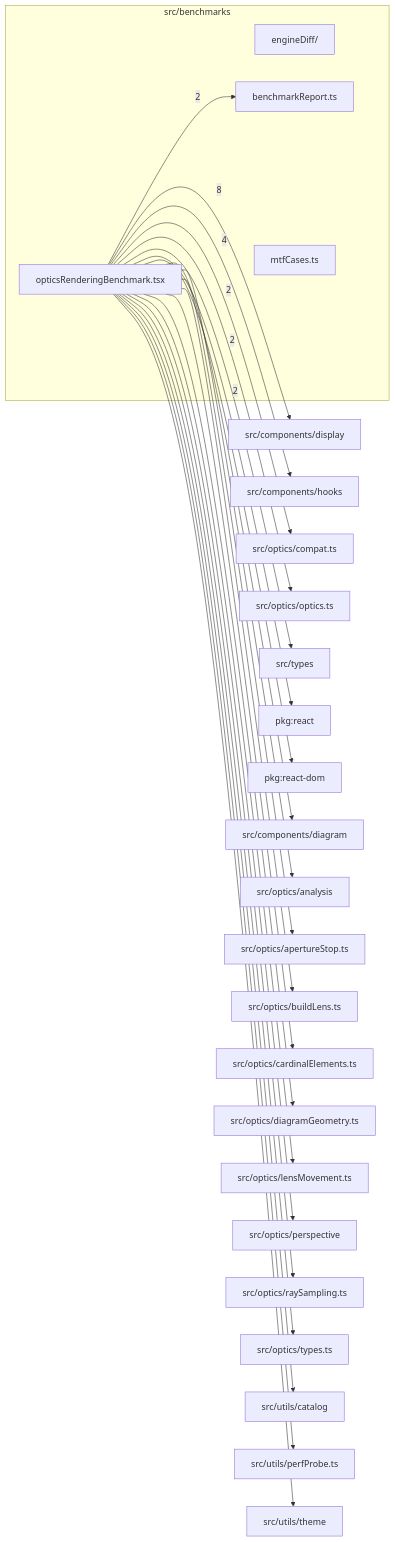
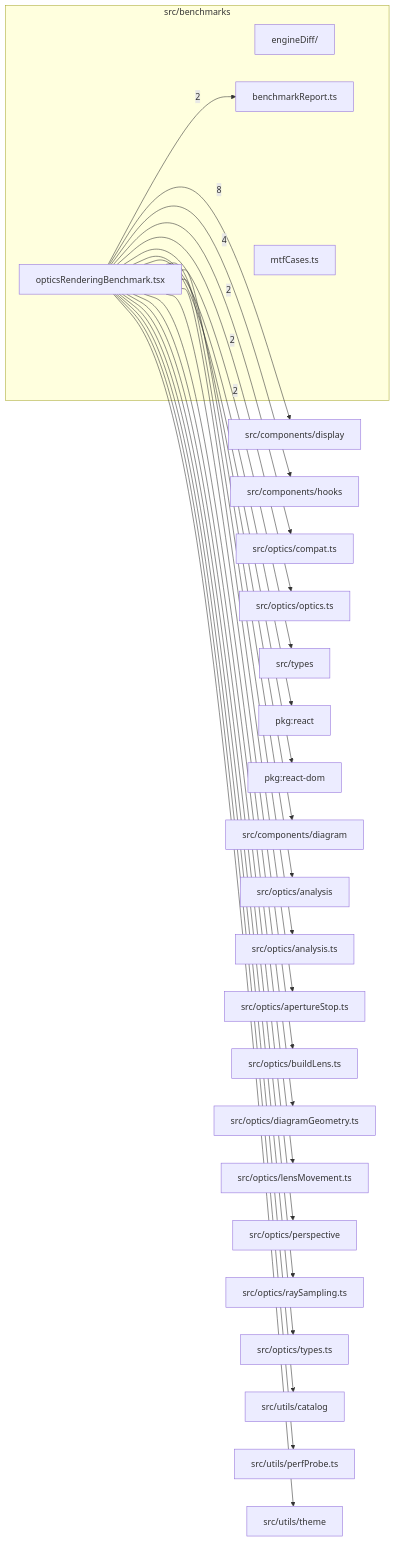
Before and after one commit to ronbuening/LensVisualizer: the diagram in src/benchmarks/readme.md, drawn with Mermaid. The commit also changed 51 other files, not shown here.

````diff
--- a/src/benchmarks/readme.md
+++ b/src/benchmarks/readme.md
@@ -9,50 +9,50 @@
 ```mermaid
 flowchart LR
   subgraph n_src_benchmarks["src/benchmarks"]
     n_src_benchmarks_src_benchmarks_engineDiff["engineDiff/"]
     n_src_benchmarks_src_benchmarks_benchmarkReport_ts["benchmarkReport.ts"]
     n_src_benchmarks_src_benchmarks_mtfCases_ts["mtfCases.ts"]
     n_src_benchmarks_src_benchmarks_opticsRenderingBenchmark_tsx["opticsRenderingBenchmark.tsx"]
   end
   n_external_src_components_display["src/components/display"]
   n_external_src_components_hooks["src/components/hooks"]
   n_external_src_optics_compat_ts["src/optics/compat.ts"]
   n_external_src_optics_optics_ts["src/optics/optics.ts"]
   n_external_src_types["src/types"]
   n_external_pkg_react["pkg:react"]
   n_external_pkg_react_dom["pkg:react-dom"]
   n_external_src_components_diagram["src/components/diagram"]
   n_external_src_optics_analysis["src/optics/analysis"]
+  n_external_src_optics_analysis_ts["src/optics/analysis.ts"]
   n_external_src_optics_apertureStop_ts["src/optics/apertureStop.ts"]
   n_external_src_optics_buildLens_ts["src/optics/buildLens.ts"]
-  n_external_src_optics_cardinalElements_ts["src/optics/cardinalElements.ts"]
   n_external_src_optics_diagramGeometry_ts["src/optics/diagramGeometry.ts"]
   n_external_src_optics_lensMovement_ts["src/optics/lensMovement.ts"]
   n_external_src_optics_perspective["src/optics/perspective"]
   n_external_src_optics_raySampling_ts["src/optics/raySampling.ts"]
   n_external_src_optics_types_ts["src/optics/types.ts"]
   n_external_src_utils_catalog["src/utils/catalog"]
   n_external_src_utils_perfProbe_ts["src/utils/perfProbe.ts"]
   n_external_src_utils_theme["src/utils/theme"]
   n_src_benchmarks_src_benchmarks_opticsRenderingBenchmark_tsx --> |8| n_external_src_components_display
   n_src_benchmarks_src_benchmarks_opticsRenderingBenchmark_tsx --> |4| n_external_src_components_hooks
   n_src_benchmarks_src_benchmarks_opticsRenderingBenchmark_tsx --> |2| n_external_src_optics_compat_ts
   n_src_benchmarks_src_benchmarks_opticsRenderingBenchmark_tsx --> |2| n_external_src_optics_optics_ts
   n_src_benchmarks_src_benchmarks_opticsRenderingBenchmark_tsx --> |2| n_external_src_types
   n_src_benchmarks_src_benchmarks_opticsRenderingBenchmark_tsx --> |2| n_src_benchmarks_src_benchmarks_benchmarkReport_ts
   n_src_benchmarks_src_benchmarks_opticsRenderingBenchmark_tsx --> n_external_pkg_react
   n_src_benchmarks_src_benchmarks_opticsRenderingBenchmark_tsx --> n_external_pkg_react_dom
   n_src_benchmarks_src_benchmarks_opticsRenderingBenchmark_tsx --> n_external_src_components_diagram
   n_src_benchmarks_src_benchmarks_opticsRenderingBenchmark_tsx --> n_external_src_optics_analysis
+  n_src_benchmarks_src_benchmarks_opticsRenderingBenchmark_tsx --> n_external_src_optics_analysis_ts
   n_src_benchmarks_src_benchmarks_opticsRenderingBenchmark_tsx --> n_external_src_optics_apertureStop_ts
   n_src_benchmarks_src_benchmarks_opticsRenderingBenchmark_tsx --> n_external_src_optics_buildLens_ts
-  n_src_benchmarks_src_benchmarks_opticsRenderingBenchmark_tsx --> n_external_src_optics_cardinalElements_ts
   n_src_benchmarks_src_benchmarks_opticsRenderingBenchmark_tsx --> n_external_src_optics_diagramGeometry_ts
   n_src_benchmarks_src_benchmarks_opticsRenderingBenchmark_tsx --> n_external_src_optics_lensMovement_ts
   n_src_benchmarks_src_benchmarks_opticsRenderingBenchmark_tsx --> n_external_src_optics_perspective
   n_src_benchmarks_src_benchmarks_opticsRenderingBenchmark_tsx --> n_external_src_optics_raySampling_ts
   n_src_benchmarks_src_benchmarks_opticsRenderingBenchmark_tsx --> n_external_src_optics_types_ts
   n_src_benchmarks_src_benchmarks_opticsRenderingBenchmark_tsx --> n_external_src_utils_catalog
   n_src_benchmarks_src_benchmarks_opticsRenderingBenchmark_tsx --> n_external_src_utils_perfProbe_ts
   n_src_benchmarks_src_benchmarks_opticsRenderingBenchmark_tsx --> n_external_src_utils_theme
 ```
````
